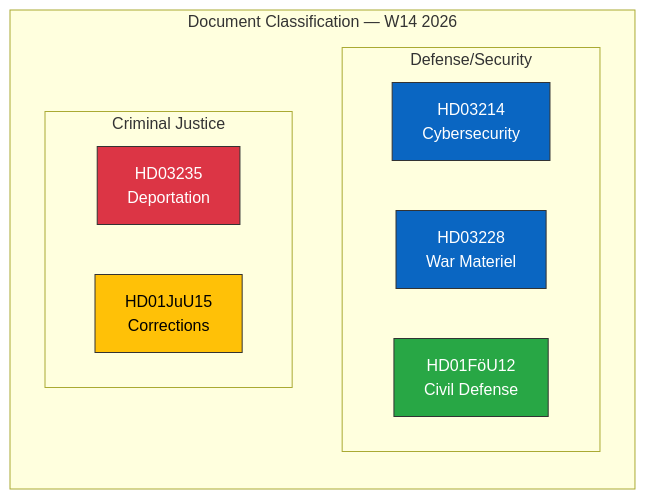
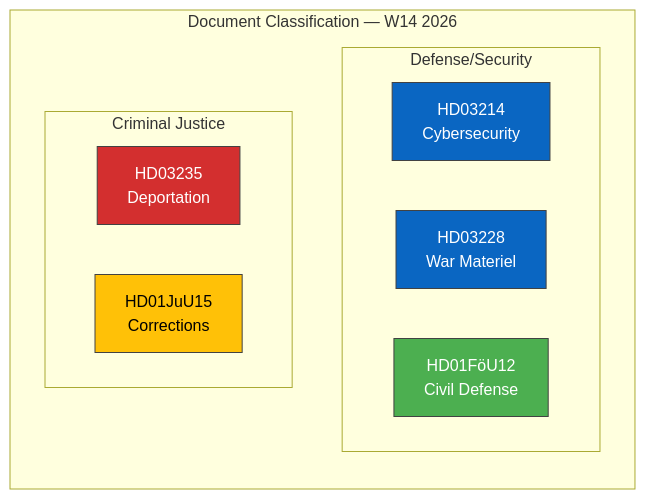
One commit to Hack23/riksdagsmonitor changed the diagram in analysis/daily/2026-04-04/realtime-1212/classification-results.md. Above: the diagram before and after it, drawn with Mermaid. The commit also changed 785 other files, not shown here.

First line of the commit message:
Normalize mermaid colors across 786 analysis artifacts to ISMS Style Guide palette

````diff
--- a/analysis/daily/2026-04-04/realtime-1212/classification-results.md
+++ b/analysis/daily/2026-04-04/realtime-1212/classification-results.md
@@ -17,19 +17,19 @@
 ```mermaid
 graph LR
     subgraph "Document Classification — W14 2026"
         subgraph "Defense/Security"
             D1["HD03214<br/>Cybersecurity"]
             D2["HD03228<br/>War Materiel"]
             D3["HD01FöU12<br/>Civil Defense"]
         end
         subgraph "Criminal Justice"
             J1["HD03235<br/>Deportation"]
             J2["HD01JuU15<br/>Corrections"]
         end
     end
-    style D1 fill:#0A66C2,stroke:#333,color:#fff
-    style D2 fill:#0A66C2,stroke:#333,color:#fff
-    style D3 fill:#28a745,stroke:#333,color:#fff
-    style J1 fill:#dc3545,stroke:#333,color:#fff
-    style J2 fill:#ffc107,stroke:#333,color:#000
+    style D1 fill:#0A66C2,stroke:#424242,color:#FFFFFF
+    style D2 fill:#0A66C2,stroke:#424242,color:#FFFFFF
+    style D3 fill:#4CAF50,stroke:#424242,color:#FFFFFF
+    style J1 fill:#D32F2F,stroke:#424242,color:#FFFFFF
+    style J2 fill:#FFC107,stroke:#424242,color:#000000
 ```
````
